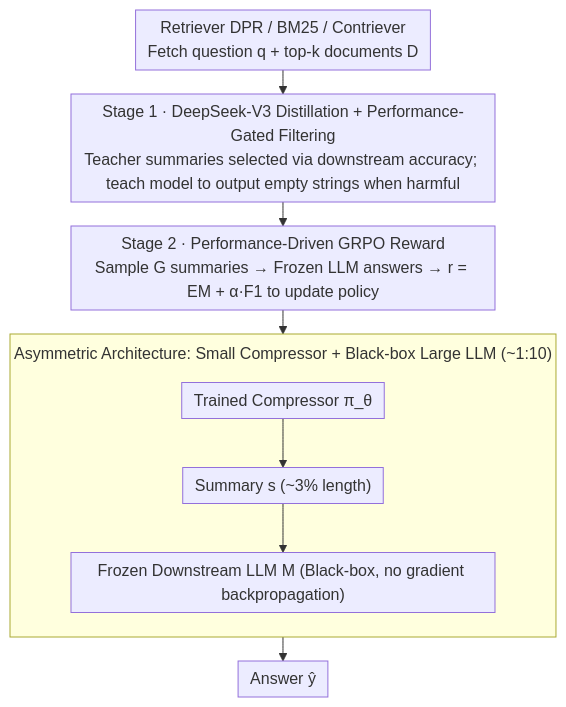
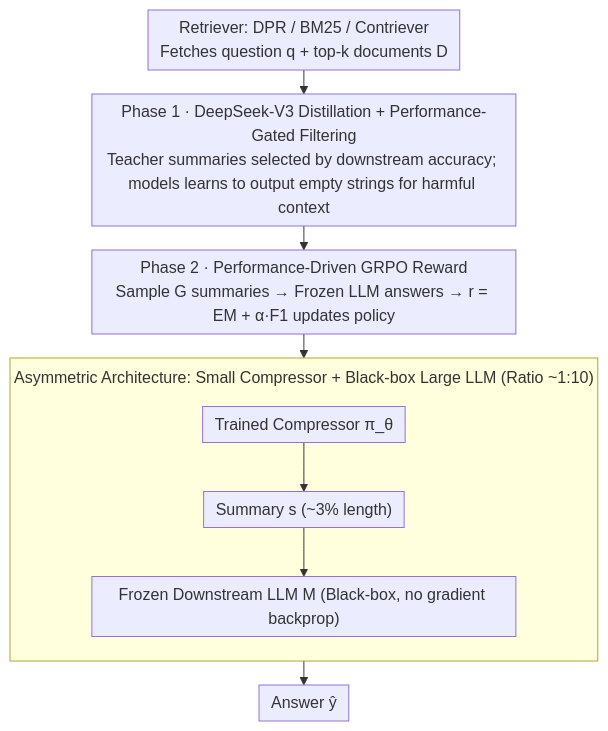
One commit to zhaoyang97/Paper-Notes-en changed the diagram in docs/ICML2026/information_retrieval/less_is_more_elevating_rag_via_performance-driven_context_compression.md. Above: the diagram before and after it, drawn with Mermaid. The commit also changed other lines of this file and 5084 other files, not shown here.

````diff
--- a/docs/ICML2026/information_retrieval/less_is_more_elevating_rag_via_performance-driven_context_compression.md
+++ b/docs/ICML2026/information_retrieval/less_is_more_elevating_rag_via_performance-driven_context_compression.md
@@ -46,14 +46,14 @@
 ```mermaid
 %%{init: {'flowchart': {'rankSpacing': 24, 'nodeSpacing': 28, 'padding': 6, 'wrappingWidth': 400, 'subGraphTitleMargin': {'top': 8, 'bottom': 16}}}}%%
 flowchart TD
-    R["Retriever DPR / BM25 / Contriever<br/>Fetch question q + top-k documents D"]
-    R --> S1["Stage 1 · DeepSeek-V3 Distillation + Performance-Gated Filtering<br/>Teacher summaries selected via downstream accuracy; teach model to output empty strings when harmful"]
-    S1 --> S2["Stage 2 · Performance-Driven GRPO Reward<br/>Sample G summaries → Frozen LLM answers → r = EM + α·F1 to update policy"]
+    R["Retriever: DPR / BM25 / Contriever<br/>Fetches question q + top-k documents D"]
+    R --> S1["Phase 1 · DeepSeek-V3 Distillation + Performance-Gated Filtering<br/>Teacher summaries selected by downstream accuracy; models learns to output empty strings for harmful context"]
+    S1 --> S2["Phase 2 · Performance-Driven GRPO Reward<br/>Sample G summaries → Frozen LLM answers → r = EM + α·F1 updates policy"]
     S2 --> C["Trained Compressor π_θ"]
-    subgraph ASYM["Asymmetric Architecture: Small Compressor + Black-box Large LLM (~1:10)"]
+    subgraph ASYM["Asymmetric Architecture: Small Compressor + Black-box Large LLM (Ratio ~1:10)"]
         direction TB
         C --> SUM["Summary s (~3% length)"]
-        SUM --> M["Frozen Downstream LLM M (Black-box, no gradient backpropagation)"]
+        SUM --> M["Frozen Downstream LLM M (Black-box, no gradient backprop)"]
     end
     M --> Y["Answer ŷ"]
 ```
````
